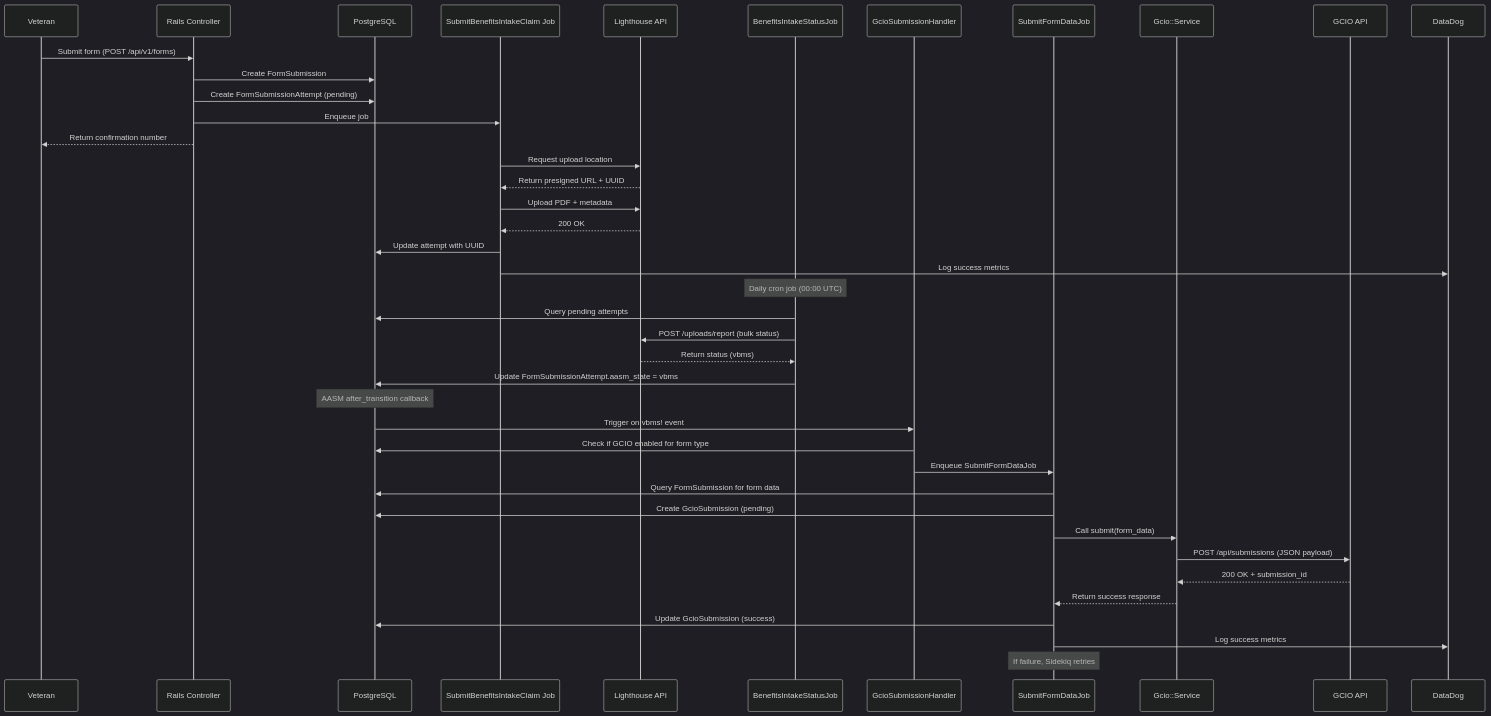
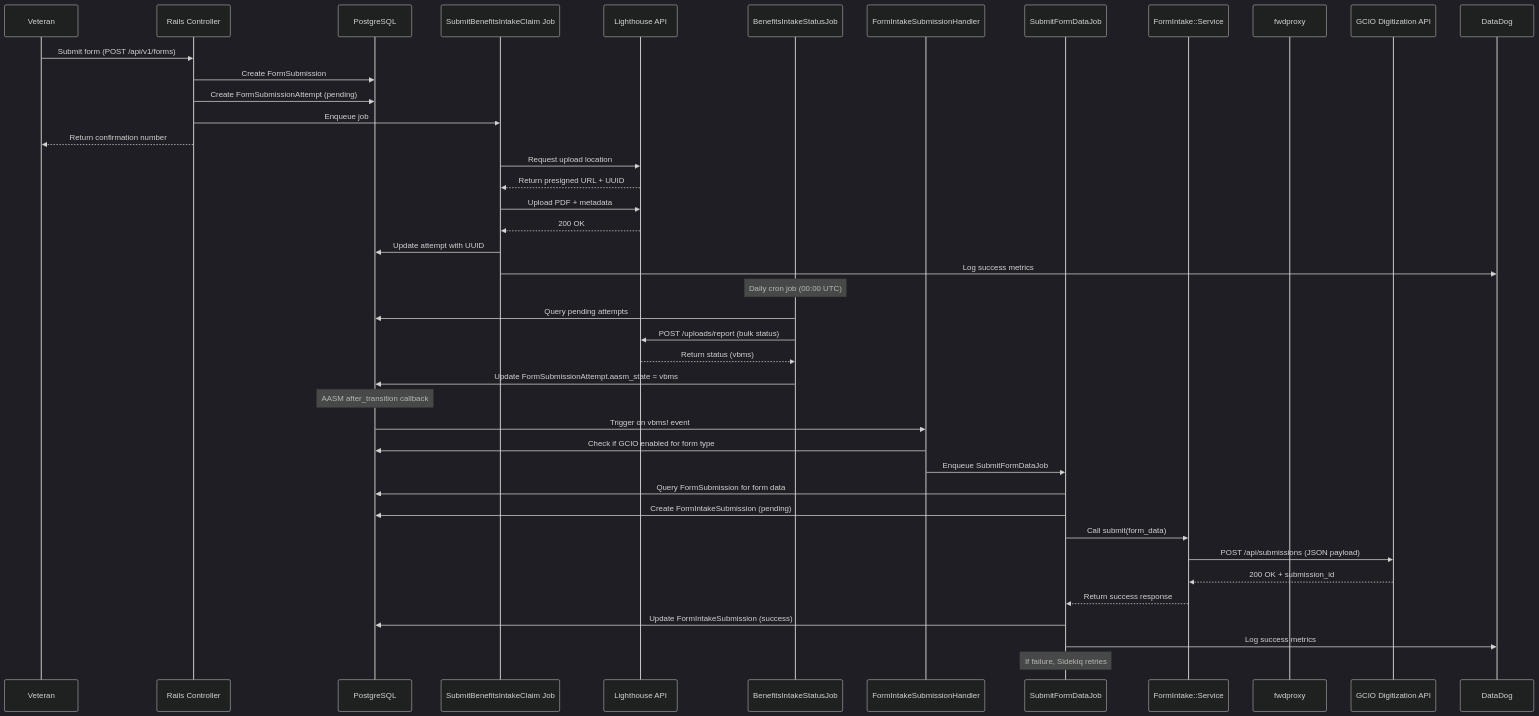
One commit to department-of-veterans-affairs/vets-api changed the fourth of 7 diagrams in docs/architecture/gcio-integration/c4-diagrams.md. Above: the diagram before and after it, drawn with Mermaid (dark theme). The commit also changed other lines of this file and 4 other files, not shown here.

````diff
--- a/docs/architecture/gcio-integration/c4-diagrams.md
+++ b/docs/architecture/gcio-integration/c4-diagrams.md
@@ -121,50 +127,51 @@
 ```mermaid
 sequenceDiagram
     participant V as Veteran
     participant R as Rails Controller
     participant DB as PostgreSQL
     participant S1 as SubmitBenefitsIntakeClaim Job
     participant LH as Lighthouse API
     participant S2 as BenefitsIntakeStatusJob
-    participant H as GcioSubmissionHandler
+    participant H as FormIntakeSubmissionHandler
     participant S3 as SubmitFormDataJob
-    participant GS as Gcio::Service
-    participant GCIO as GCIO API
+    participant GS as FormIntake::Service
+    participant FP as fwdproxy
+    participant GCIO as GCIO Digitization API
     participant DD as DataDog
 
     V->>R: Submit form (POST /api/v1/forms)
     R->>DB: Create FormSubmission
     R->>DB: Create FormSubmissionAttempt (pending)
     R->>S1: Enqueue job
     R-->>V: Return confirmation number
     
     S1->>LH: Request upload location
     LH-->>S1: Return presigned URL + UUID
     S1->>LH: Upload PDF + metadata
     LH-->>S1: 200 OK
     S1->>DB: Update attempt with UUID
     S1->>DD: Log success metrics
     
     Note over S2: Daily cron job (00:00 UTC)
     S2->>DB: Query pending attempts
     S2->>LH: POST /uploads/report (bulk status)
     LH-->>S2: Return status (vbms)
     S2->>DB: Update FormSubmissionAttempt.aasm_state = vbms
     
     Note over DB: AASM after_transition callback
     DB->>H: Trigger on vbms! event
     H->>DB: Check if GCIO enabled for form type
     H->>S3: Enqueue SubmitFormDataJob
     
     S3->>DB: Query FormSubmission for form data
-    S3->>DB: Create GcioSubmission (pending)
+    S3->>DB: Create FormIntakeSubmission (pending)
     S3->>GS: Call submit(form_data)
     GS->>GCIO: POST /api/submissions (JSON payload)
     GCIO-->>GS: 200 OK + submission_id
     GS-->>S3: Return success response
-    S3->>DB: Update GcioSubmission (success)
+    S3->>DB: Update FormIntakeSubmission (success)
     S3->>DD: Log success metrics
     
     Note over S3: If failure, Sidekiq retries
     
 ```
````
